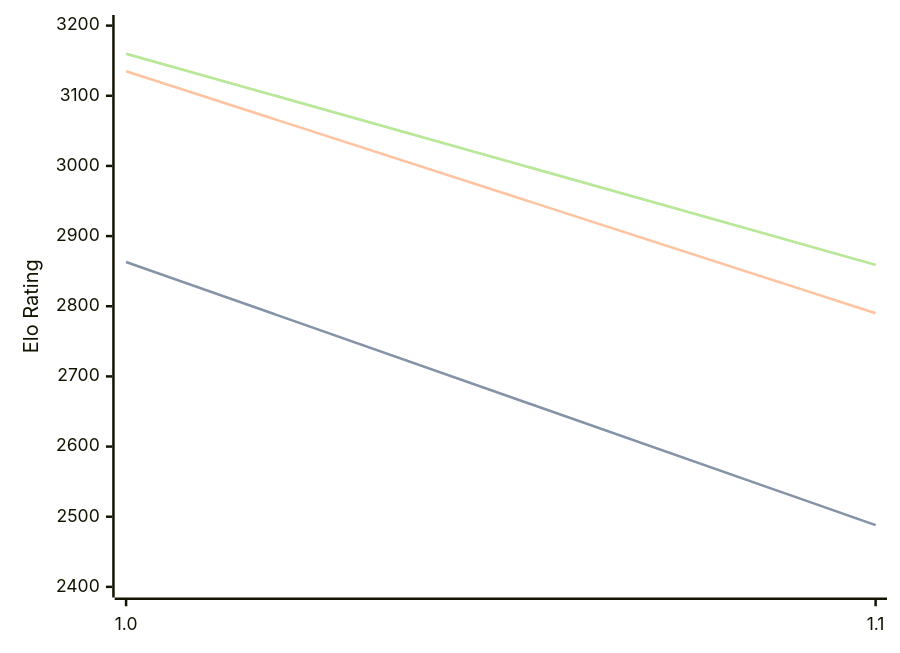
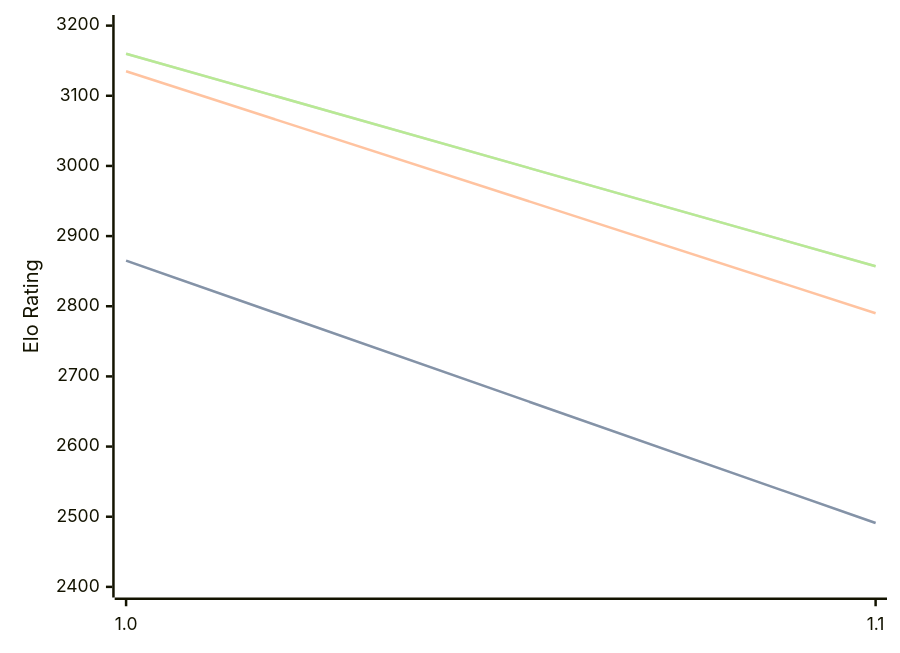
One commit to computer-chess-index/cci changed the diagram in engines/Publius.md. Above: the diagram before and after it, drawn with Mermaid. The commit also changed other lines of this file, not shown here.

Commit message:
Update CCI Ratings (ELO VLTC) - 2026-03-21

````diff
--- a/engines/Publius.md
+++ b/engines/Publius.md
@@ -32,11 +32,11 @@
 ```mermaid
 %%{init: {"theme":"base","themeVariables":{"seriesColors:['#a3a3a3','#222221','#faa371']}}}%%
 xychart-beta
   x-axis ["1.0", "1.1"]
   y-axis "Elo Rating" 2400 --> 3200
-  line "STC (8.0+0.08s)" [2863, 2488]
-  line "STC (8.0+0.08s)" [2863, 2488]
+  line "STC (8.0+0.08s)" [2865, 2491]
+  line "STC (8.0+0.08s)" [2865, 2491]
   line "LTC (60.0+0.60s)" [3135, 2790]
-  line "VLTC (2m24s+1.12s)" [3160, 2859]
-  line "VLTC (2m24s+1.12s)" [3160, 2859]
+  line "VLTC (2m24s+1.12s)" [3160, 2857]
+  line "VLTC (2m24s+1.12s)" [3160, 2857]
 ```
````
